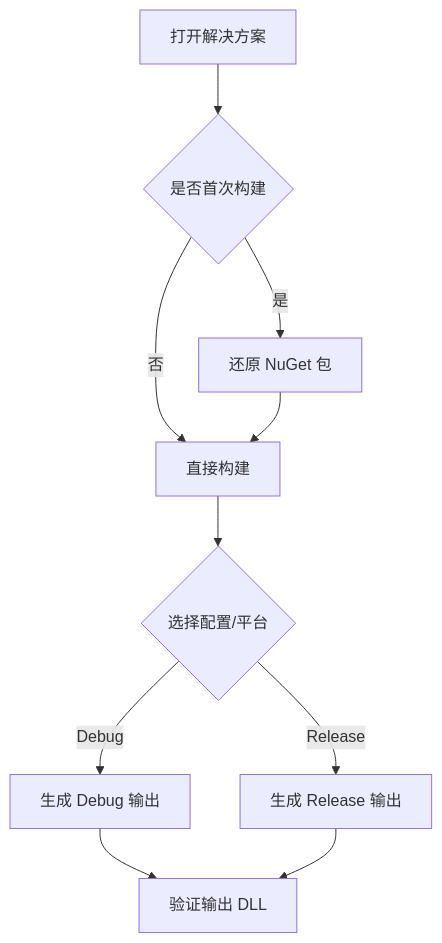
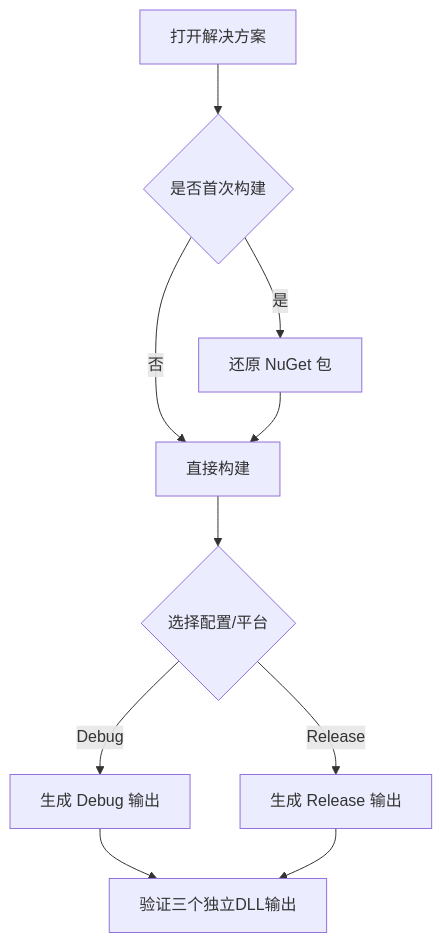
The third of 8 diagrams in .qoder/repowiki/zh/content/开发指南/构建与部署.md (fuweiq94-cloud/339918076), drawn with Mermaid before and after one commit. The commit also changed other lines of this file and 203 other files, not shown here.

````diff
--- a/.qoder/repowiki/zh/content/开发指南/构建与部署.md
+++ b/.qoder/repowiki/zh/content/开发指南/构建与部署.md
@@ -127,12 +172,12 @@
 ```mermaid
 flowchart TD
 A["打开解决方案"] --> B{"是否首次构建"}
 B --> |是| C["还原 NuGet 包"]
 B --> |否| D["直接构建"]
 C --> D
 D --> E{"选择配置/平台"}
 E --> |Debug| F["生成 Debug 输出"]
 E --> |Release| G["生成 Release 输出"]
-F --> H["验证输出 DLL"]
+F --> H["验证三个独立DLL输出"]
 G --> H
 ```
````
